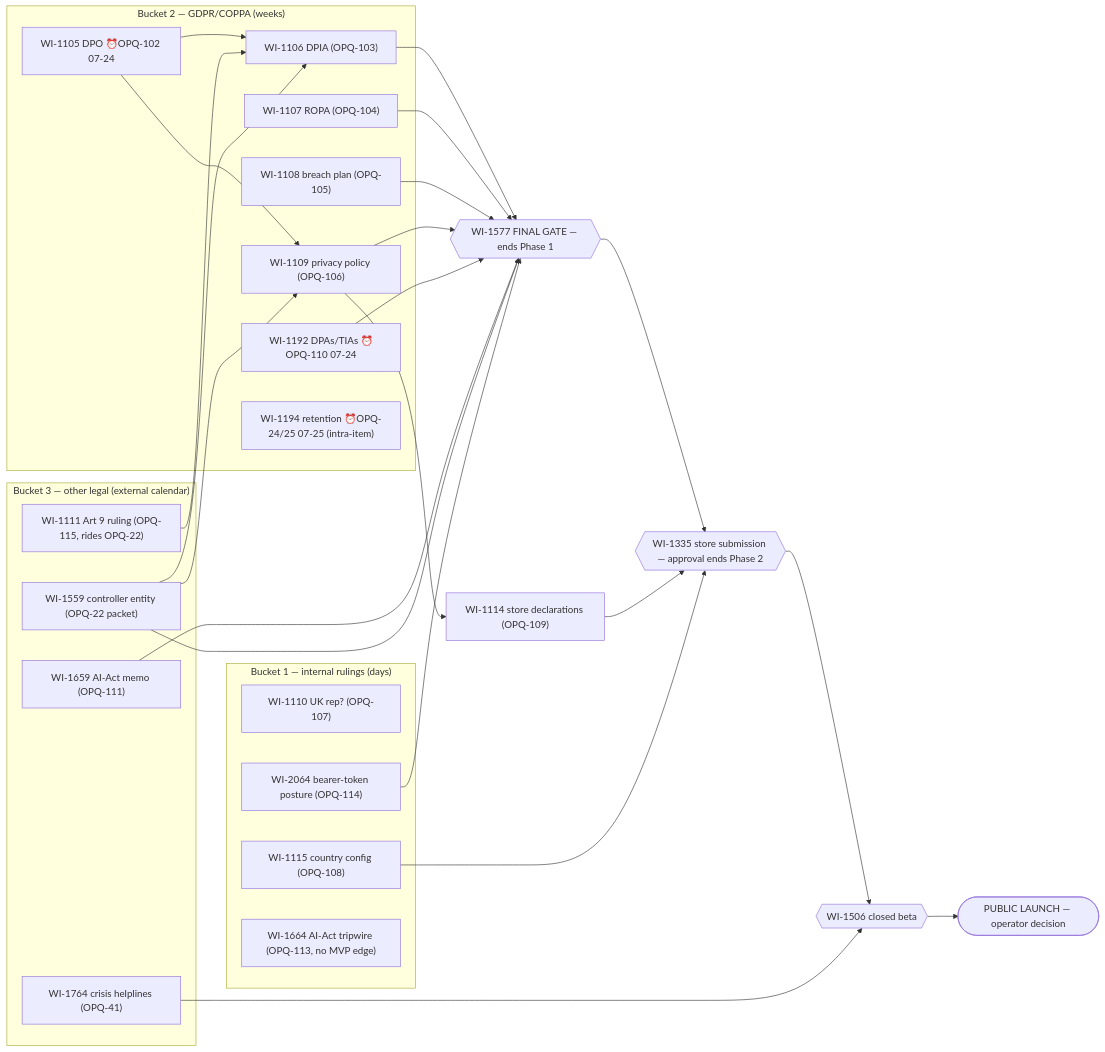
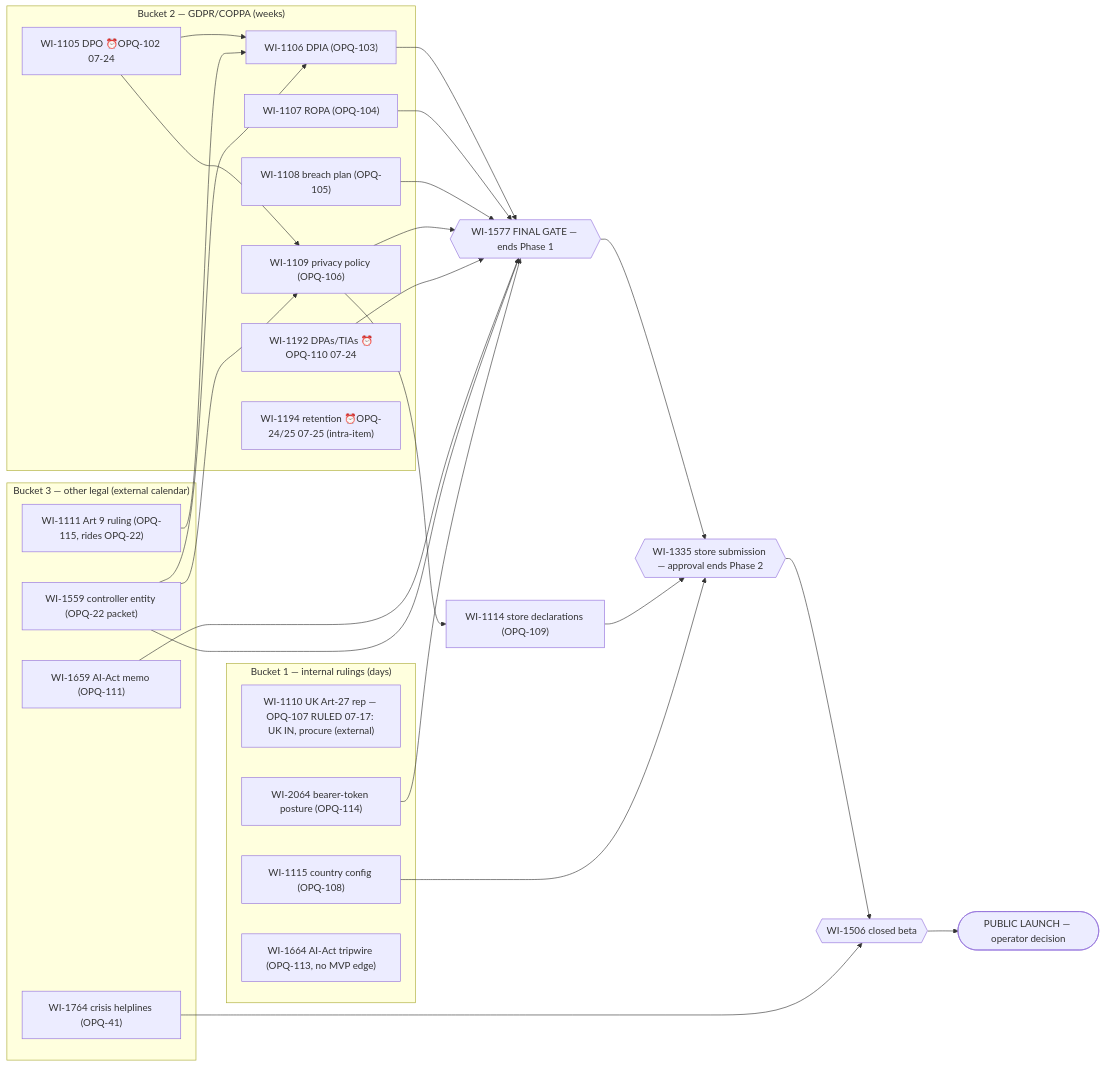
The diagram in _wip/mvp-roadmap/2026-07-16-roadmap-viz-fallback.md (cognoco/eduagent-build), drawn with Mermaid before and after one commit. The commit also changed other lines of this file and 4 other files, not shown here.

Commit message:
docs(mvp-roadmap): 2026-07-17 premise-check record — refresh delta, D1 OPQ tiers, D2 dispatch model (no wave trigger), D3 intake + grooming-collision reconciliation; viz OPQ-v3 + ruling refresh

````diff
--- a/_wip/mvp-roadmap/2026-07-16-roadmap-viz-fallback.md
+++ b/_wip/mvp-roadmap/2026-07-16-roadmap-viz-fallback.md
@@ -9,47 +9,47 @@
 ```mermaid
 flowchart LR
   subgraph B1["Bucket 1 — internal rulings (days)"]
-    WI1110["WI-1110 UK rep? (OPQ-107)"]
+    WI1110["WI-1110 UK Art-27 rep — OPQ-107 RULED 07-17: UK IN, procure (external)"]
     WI1115["WI-1115 country config (OPQ-108)"]
     WI2064["WI-2064 bearer-token posture (OPQ-114)"]
     WI1664["WI-1664 AI-Act tripwire (OPQ-113, no MVP edge)"]
   end
   subgraph B2["Bucket 2 — GDPR/COPPA (weeks)"]
     WI1105["WI-1105 DPO ⏰OPQ-102 07-24"]
     WI1106["WI-1106 DPIA (OPQ-103)"]
     WI1107["WI-1107 ROPA (OPQ-104)"]
     WI1108["WI-1108 breach plan (OPQ-105)"]
     WI1109["WI-1109 privacy policy (OPQ-106)"]
     WI1192["WI-1192 DPAs/TIAs ⏰OPQ-110 07-24"]
     WI1194["WI-1194 retention ⏰OPQ-24/25 07-25 (intra-item)"]
   end
   subgraph B3["Bucket 3 — other legal (external calendar)"]
     WI1659["WI-1659 AI-Act memo (OPQ-111)"]
     WI1559["WI-1559 controller entity (OPQ-22 packet)"]
     WI1111["WI-1111 Art 9 ruling (OPQ-115, rides OPQ-22)"]
     WI1764["WI-1764 crisis helplines (OPQ-41)"]
   end
   WI1105 --> WI1106
   WI1105 --> WI1109
   WI1111 --> WI1106
   WI1559 --> WI1106
   WI1559 --> WI1109
   WI1106 --> G1577
   WI1107 --> G1577
   WI1108 --> G1577
   WI1109 --> WI1114["WI-1114 store declarations (OPQ-109)"]
   WI1109 --> G1577
   WI1192 --> G1577
   WI1659 --> G1577
   WI1559 --> G1577
   WI2064 --> G1577
   G1577{{"WI-1577 FINAL GATE — ends Phase 1"}}
   G1577 --> G1335
   WI1114 --> G1335
   WI1115 --> G1335
   G1335{{"WI-1335 store submission — approval ends Phase 2"}}
   G1335 --> G1506
   WI1764 --> G1506
   G1506{{"WI-1506 closed beta"}}
   G1506 --> LAUNCH(["PUBLIC LAUNCH — operator decision"])
 ```
````
